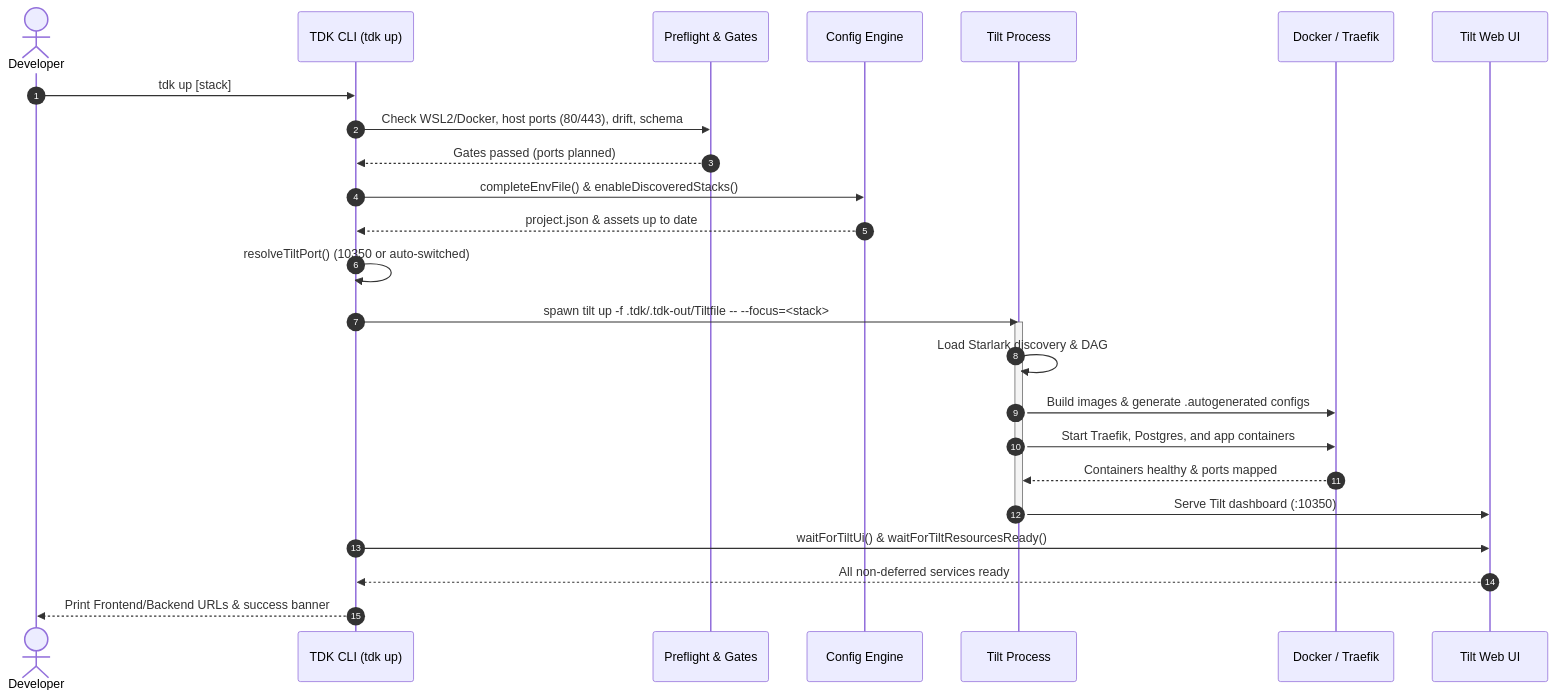
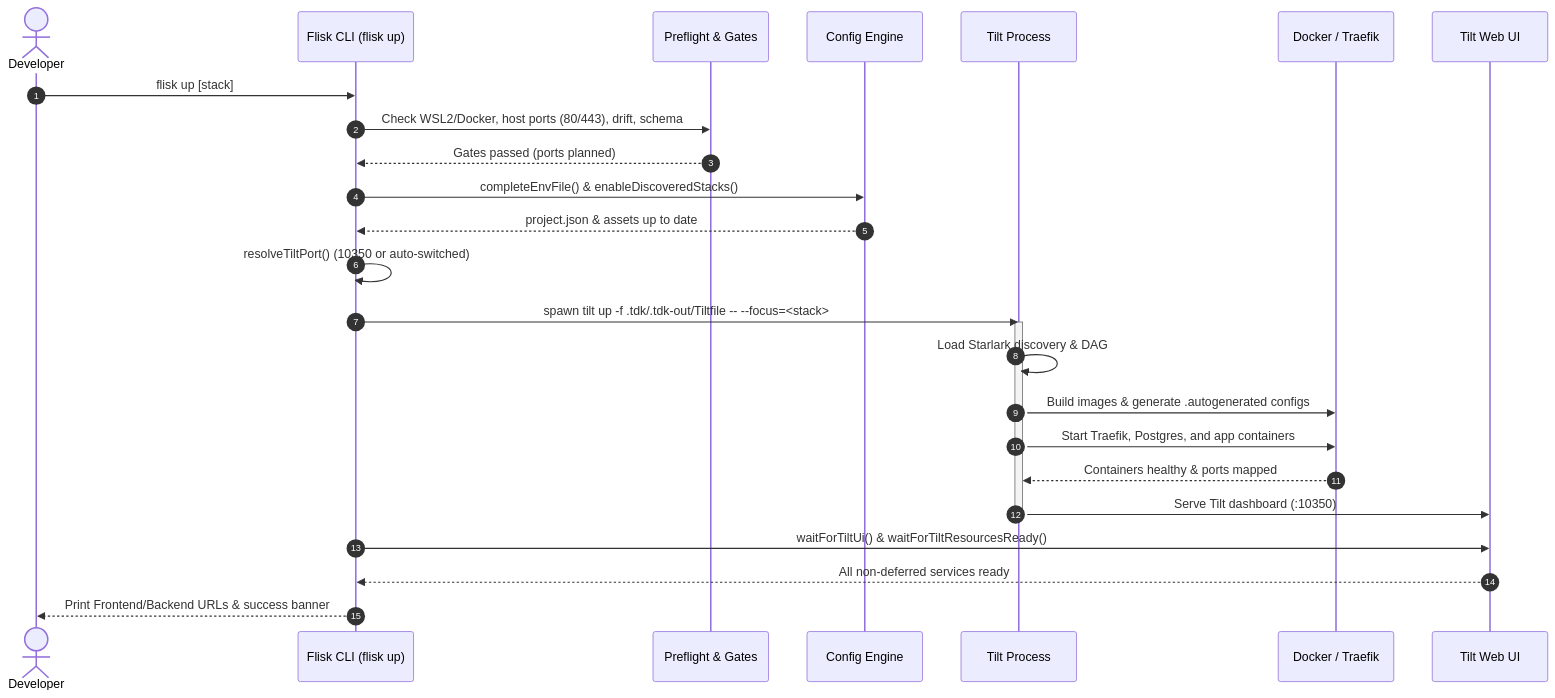
The diagram in docs/how-tdk-up-works.md (AK-Lmn/tdk-cli-core), drawn with Mermaid before and after one commit. The commit also changed other lines of this file and 1386 other files, not shown here.

First line of the commit message:
feat(cli): one command from scratch, and the Flisk rebrand in the CLI copy

````diff
--- a/docs/how-tdk-up-works.md
+++ b/docs/how-tdk-up-works.md
@@ -154,30 +154,30 @@
 ```mermaid
 sequenceDiagram
     autonumber
     actor Developer
-    participant CLI as TDK CLI (tdk up)
+    participant CLI as Flisk CLI (flisk up)
     participant Preflight as Preflight & Gates
     participant Engine as Config Engine
     participant Tilt as Tilt Process
     participant Docker as Docker / Traefik
     participant UI as Tilt Web UI
 
-    Developer->>CLI: tdk up [stack]
+    Developer->>CLI: flisk up [stack]
     CLI->>Preflight: Check WSL2/Docker, host ports (80/443), drift, schema
     Preflight-->>CLI: Gates passed (ports planned)
     CLI->>Engine: completeEnvFile() & enableDiscoveredStacks()
     Engine-->>CLI: project.json & assets up to date
     CLI->>CLI: resolveTiltPort() (10350 or auto-switched)
     CLI->>Tilt: spawn tilt up -f .tdk/.tdk-out/Tiltfile -- --focus=<stack>
     activate Tilt
     Tilt->>Tilt: Load Starlark discovery & DAG
     Tilt->>Docker: Build images & generate .autogenerated configs
     Tilt->>Docker: Start Traefik, Postgres, and app containers
     Docker-->>Tilt: Containers healthy & ports mapped
     Tilt->>UI: Serve Tilt dashboard (:10350)
     deactivate Tilt
 
     CLI->>UI: waitForTiltUi() & waitForTiltResourcesReady()
     UI-->>CLI: All non-deferred services ready
     CLI-->>Developer: Print Frontend/Backend URLs & success banner
 ```
````
